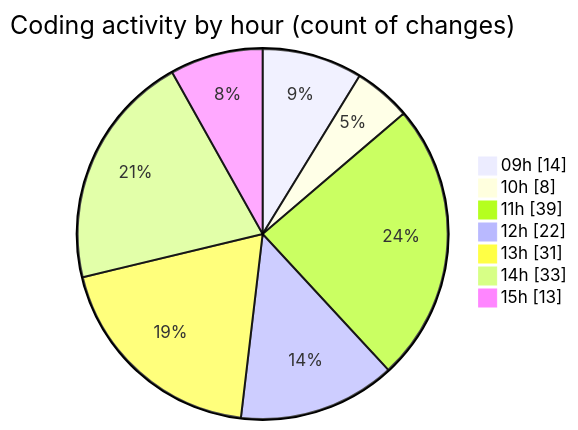
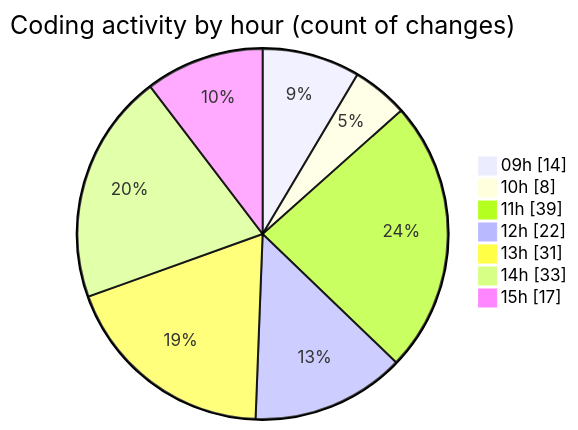
Before and after one commit to momahboobian/code-tracking: the second of 2 diagrams in 2025-02-07/cda/README.md, drawn with Mermaid. The commit also changed other lines of this file and 1 other file, not shown here.

````diff
--- a/2025-02-07/cda/README.md
+++ b/2025-02-07/cda/README.md
@@ -66,11 +66,11 @@
 ```mermaid
 pie showData
 title Coding activity by hour (count of changes)
 "09h" : 14
 "10h" : 8
 "11h" : 39
 "12h" : 22
 "13h" : 31
 "14h" : 33
-"15h" : 13
+"15h" : 17
 ```
````
